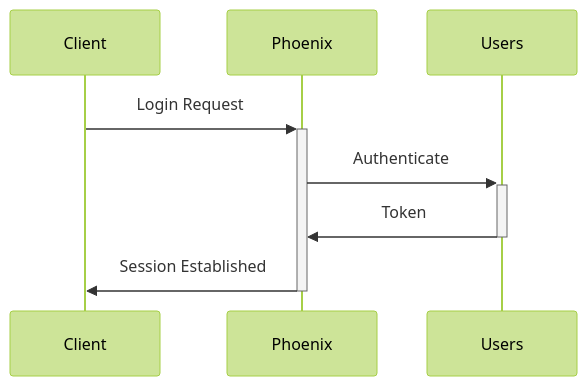
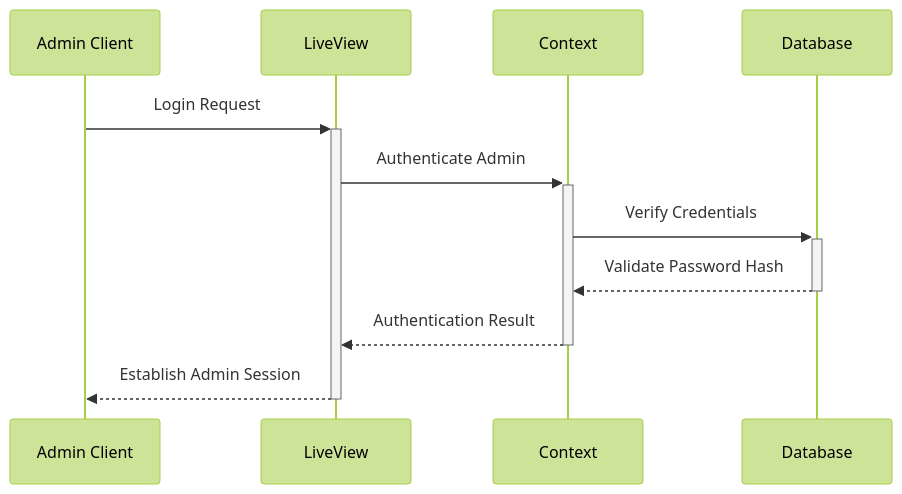
Before and after one commit to the3hm/planes_of_chaos: the second of 3 diagrams in memory-bank/systemPatterns.md, drawn with Mermaid (forest theme). The commit also changed other lines of this file and 52 other files, not shown here.

````diff
--- a/memory-bank/systemPatterns.md
+++ b/memory-bank/systemPatterns.md
@@ -96,7 +122,14 @@
 ```mermaid
 sequenceDiagram
-    Client->>+Phoenix: Login Request
-    Phoenix->>+Users: Authenticate
-    Users->>-Phoenix: Token
-    Phoenix->>-Client: Session Established
+    participant A as Admin Client
+    participant L as LiveView
+    participant C as Context
+    participant D as Database
+
+    A->>+L: Login Request
+    L->>+C: Authenticate Admin
+    C->>+D: Verify Credentials
+    D-->>-C: Validate Password Hash
+    C-->>-L: Authentication Result
+    L-->>-A: Establish Admin Session
 ```
````
